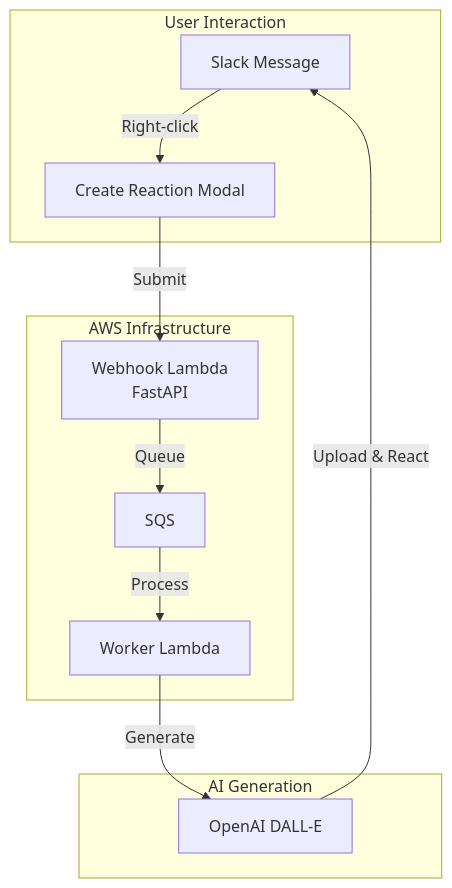
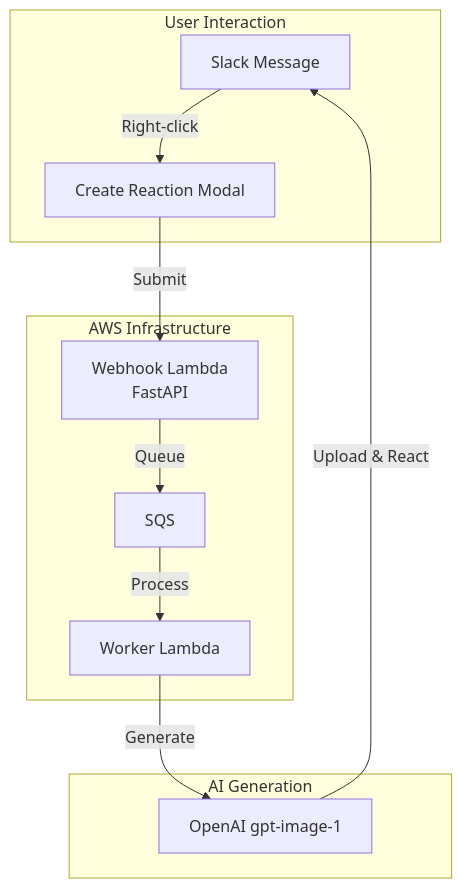
One commit to willtech3/emoji-smith changed the diagram in README.md. Above: the diagram before and after it, drawn with Mermaid. The commit also changed other lines of this file and 10 other files, not shown here.

Commit message:
feat(openai): switch to gpt-image-1 for emoji generation

````diff
--- a/README.md
+++ b/README.md
@@ -19,17 +19,17 @@
 ```mermaid
 graph TB
     subgraph "User Interaction"
         A[Slack Message] -->|Right-click| B[Create Reaction Modal]
     end
     
     subgraph "AWS Infrastructure"
         B -->|Submit| C[Webhook Lambda<br/>FastAPI]
         C -->|Queue| D[SQS]
         D -->|Process| E[Worker Lambda]
     end
     
     subgraph "AI Generation"
-        E -->|Generate| F[OpenAI DALL-E]
+        E -->|Generate| F[OpenAI gpt-image-1]
         F -->|Upload & React| A
     end
 ```
````
